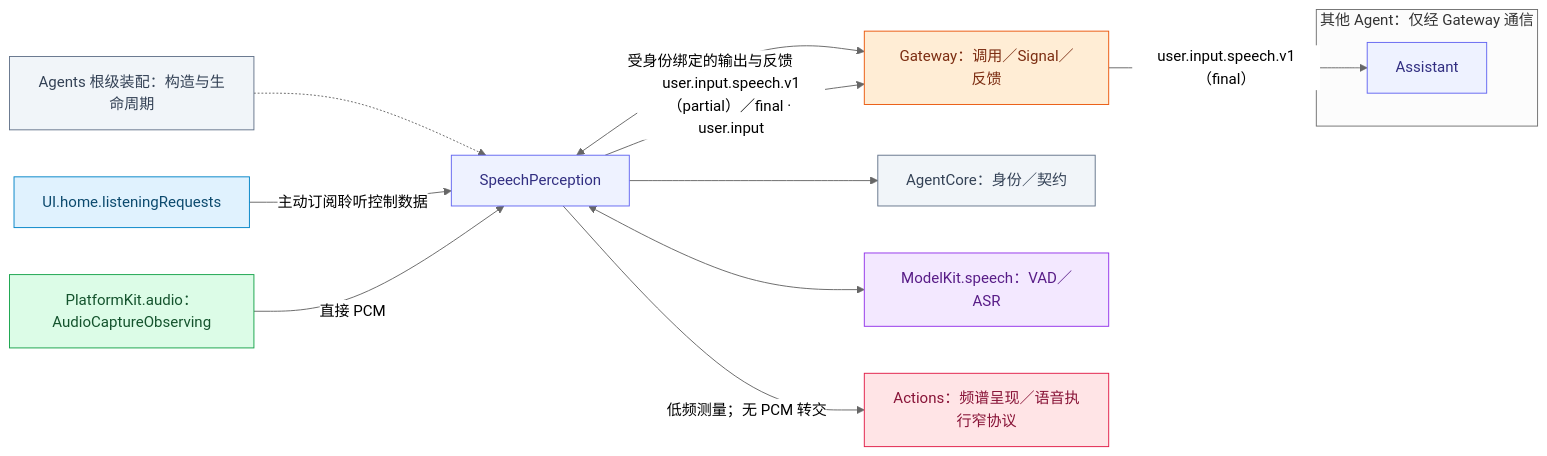
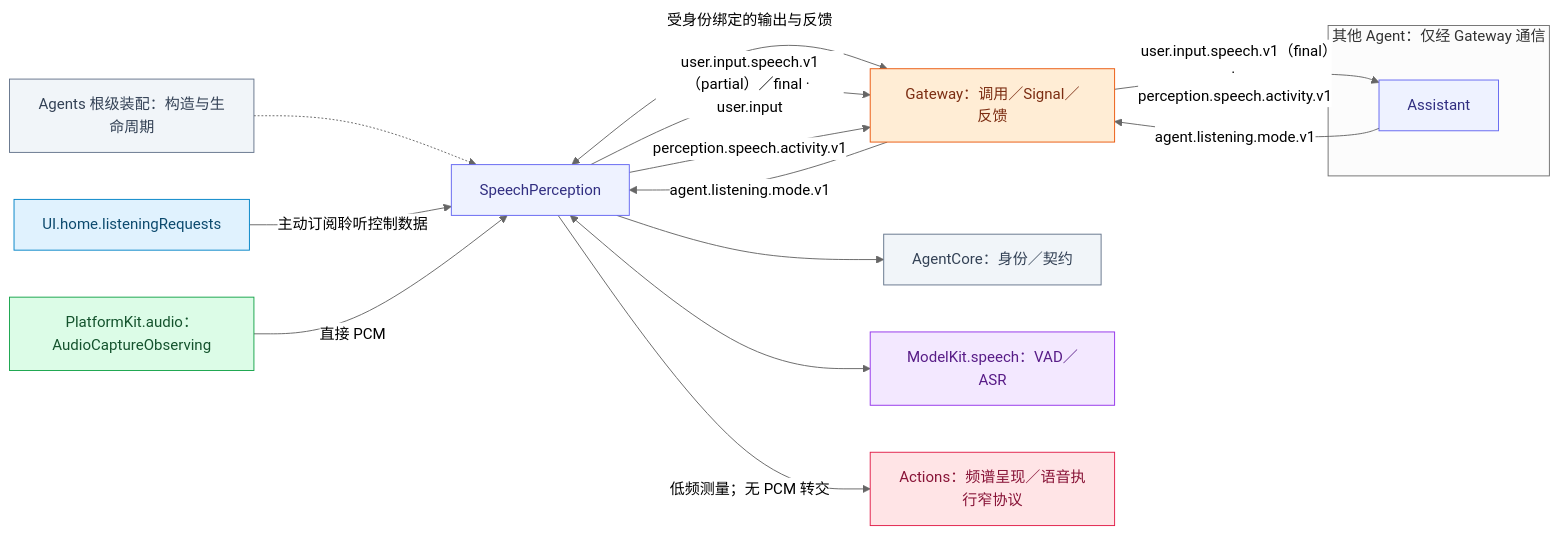
One commit to devilyouwei/MobileHarness changed the first of 3 diagrams in MobileHarness/Agents/SpeechPerception/README.md. Above: the diagram before and after it, drawn with Mermaid (neutral theme). The commit also changed other lines of this file and 136 other files, not shown here.

````diff
--- a/MobileHarness/Agents/SpeechPerception/README.md
+++ b/MobileHarness/Agents/SpeechPerception/README.md
@@ -39,32 +39,35 @@
 ```mermaid
 flowchart LR
  A["SpeechPerception"]:::agent
  G["Gateway：调用／Signal／反馈"]:::gateway
  C["AgentCore：身份／契约"]:::host
  H["Agents 根级装配：构造与生命周期"]:::host
  H -.-> A
  A --> C
  A <-->|"受身份绑定的输出与反馈"| G
  U["UI.home.listeningRequests"]:::ui
  U -->|"主动订阅聆听控制数据"| A
  P["PlatformKit.audio：AudioCaptureObserving"]:::platform
  P -->|"直接 PCM"| A
  M["ModelKit.speech：VAD／ASR"]:::model
  A <--> M
  X["Actions：频谱呈现／语音执行窄协议"]:::action
  A -->|"低频测量；无 PCM 转交"| X
  subgraph Peers["其他 Agent：仅经 Gateway 通信"]
  AS["Assistant"]:::agent
  end
  A -->|"user.input.speech.v1（partial）／final · user.input"| G
- G -->|"user.input.speech.v1（final）"| AS
+ A -->|"perception.speech.activity.v1"| G
+ G -->|"user.input.speech.v1（final）· perception.speech.activity.v1"| AS
+ AS -->|"agent.listening.mode.v1"| G
+ G -->|"agent.listening.mode.v1"| A
 
  classDef ui fill:#e0f2fe,stroke:#0284c7,color:#0c4a6e
  classDef platform fill:#dcfce7,stroke:#16a34a,color:#14532d
  classDef model fill:#f3e8ff,stroke:#9333ea,color:#581c87
  classDef storage fill:#fef3c7,stroke:#d97706,color:#78350f
  classDef agent fill:#eef2ff,stroke:#6366f1,color:#312e81
  classDef gateway fill:#ffedd5,stroke:#ea580c,color:#7c2d12
  classDef action fill:#ffe4e6,stroke:#e11d48,color:#881337
  classDef host fill:#f1f5f9,stroke:#64748b,color:#334155
 ```
````
